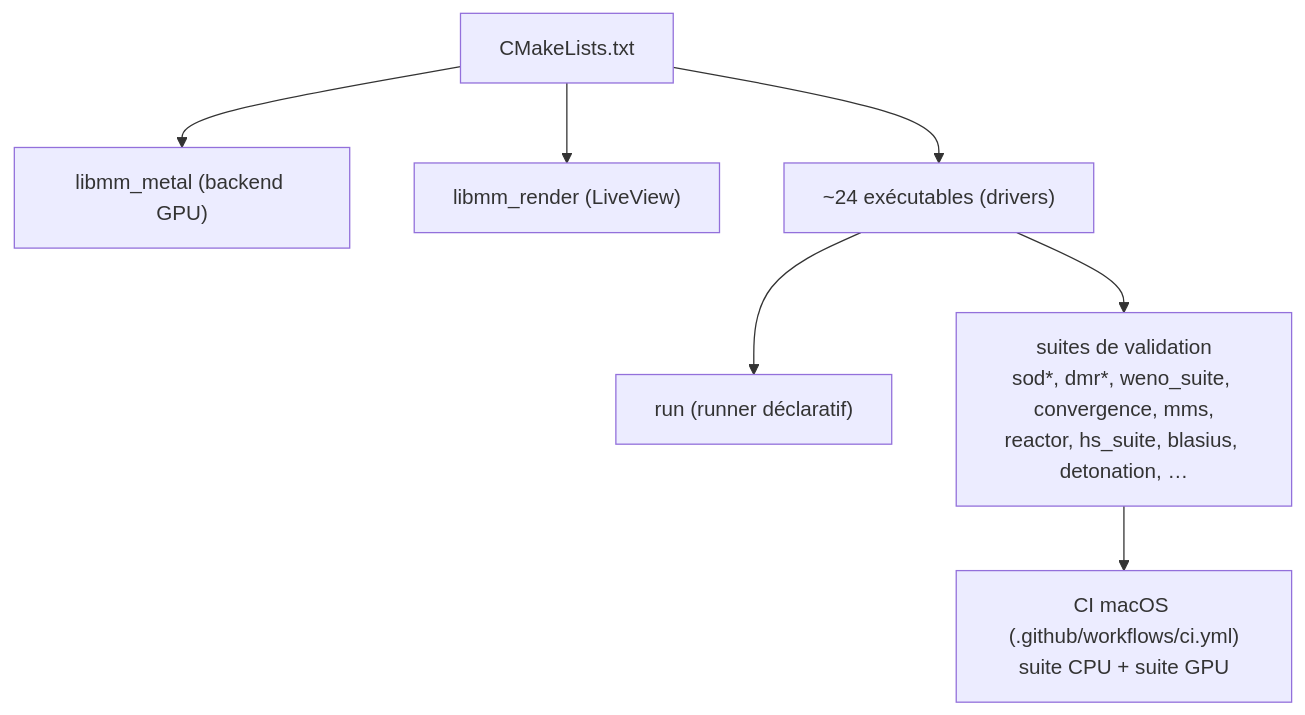
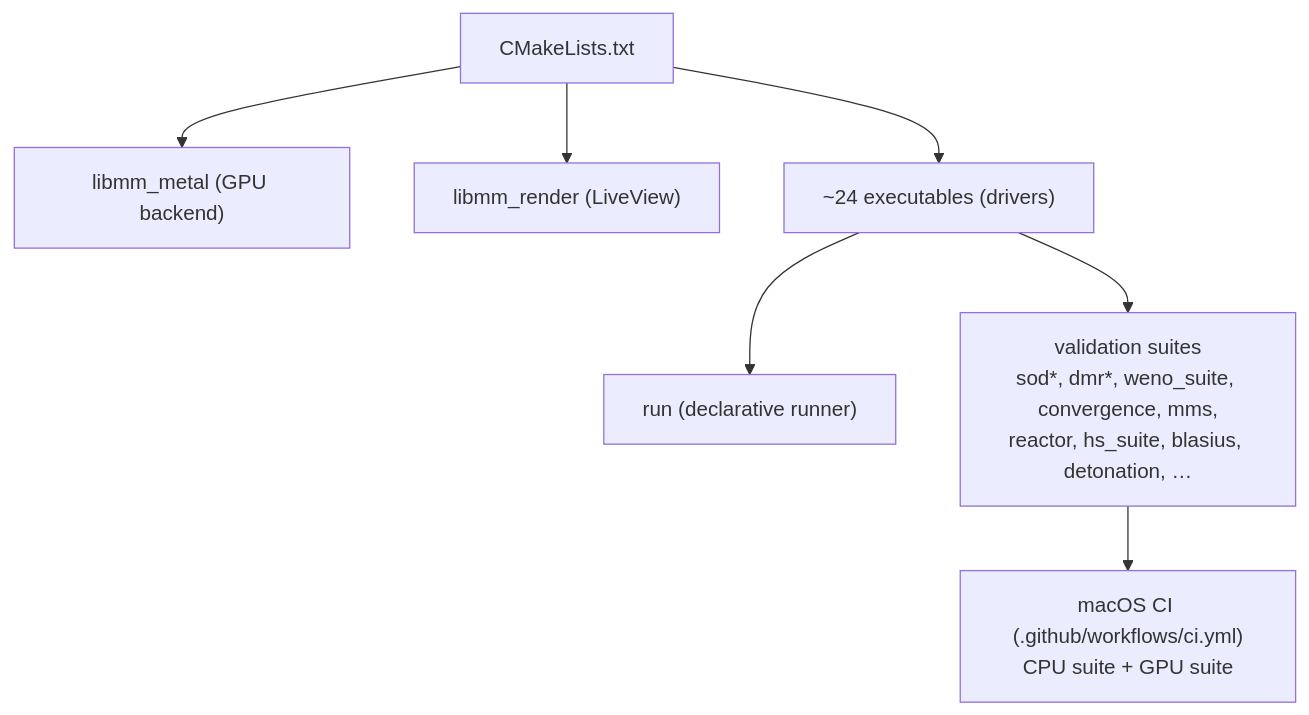
Before and after one commit to fhermet/machmallow: the eighth of 8 diagrams in docs/ARCHITECTURE.md, drawn with Mermaid. The commit also changed other lines of this file and 1 other file, not shown here.

Commit message:
docs: traduire ARCHITECTURE et NUMERICS en anglais

````diff
--- a/docs/ARCHITECTURE.md
+++ b/docs/ARCHITECTURE.md
@@ -276,9 +272,9 @@
 ```mermaid
 flowchart TD
-    CM["CMakeLists.txt"] --> Lib1["libmm_metal (backend GPU)"]
+    CM["CMakeLists.txt"] --> Lib1["libmm_metal (GPU backend)"]
     CM --> Lib2["libmm_render (LiveView)"]
-    CM --> Exe["~24 exécutables (drivers)"]
-    Exe --> Run["run (runner déclaratif)"]
-    Exe --> Val["suites de validation<br/>sod*, dmr*, weno_suite, convergence, mms,<br/>reactor, hs_suite, blasius, detonation, …"]
-    Val --> CI["CI macOS (.github/workflows/ci.yml)<br/>suite CPU + suite GPU"]
+    CM --> Exe["~24 executables (drivers)"]
+    Exe --> Run["run (declarative runner)"]
+    Exe --> Val["validation suites<br/>sod*, dmr*, weno_suite, convergence, mms,<br/>reactor, hs_suite, blasius, detonation, …"]
+    Val --> CI["macOS CI (.github/workflows/ci.yml)<br/>CPU suite + GPU suite"]
 ```
````
